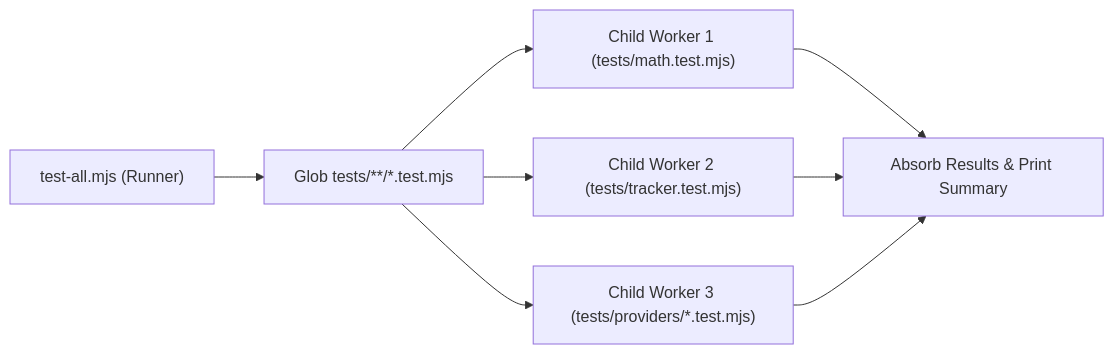
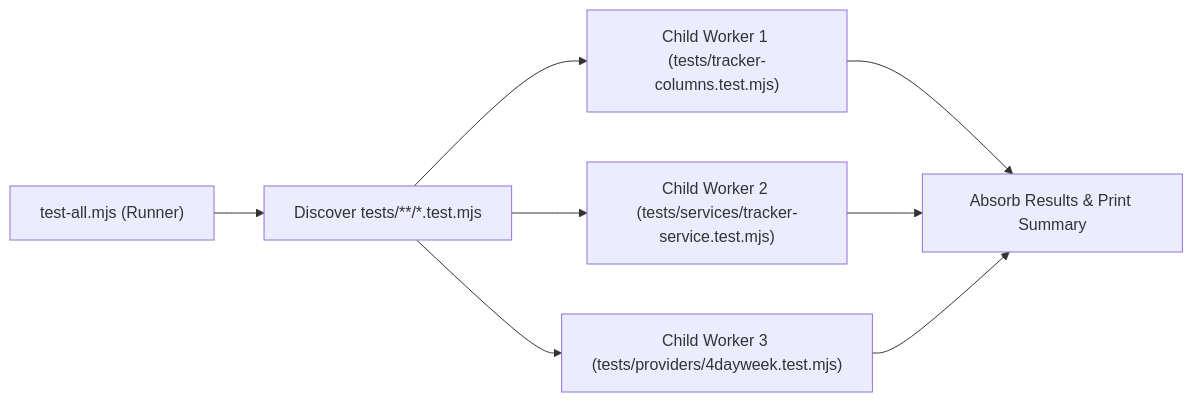
The diagram in docs/testing/UnitTesting.md (CJCreator/Jobs_Automated), drawn with Mermaid before and after one commit. The commit also changed other lines of this file and 4 other files, not shown here.

````diff
--- a/docs/testing/UnitTesting.md
+++ b/docs/testing/UnitTesting.md
@@ -14,8 +14,8 @@
 ```mermaid
 flowchart LR
-    Runner["test-all.mjs (Runner)"] --> Glob["Glob tests/**/*.test.mjs"]
-    Glob --> Worker1["Child Worker 1 (tests/math.test.mjs)"]
-    Glob --> Worker2["Child Worker 2 (tests/tracker.test.mjs)"]
-    Glob --> Worker3["Child Worker 3 (tests/providers/*.test.mjs)"]
+    Runner["test-all.mjs (Runner)"] --> Glob["Discover tests/**/*.test.mjs"]
+    Glob --> Worker1["Child Worker 1 (tests/tracker-columns.test.mjs)"]
+    Glob --> Worker2["Child Worker 2 (tests/services/tracker-service.test.mjs)"]
+    Glob --> Worker3["Child Worker 3 (tests/providers/4dayweek.test.mjs)"]
     Worker1 & Worker2 & Worker3 --> Reporter["Absorb Results & Print Summary"]
 ```
````
